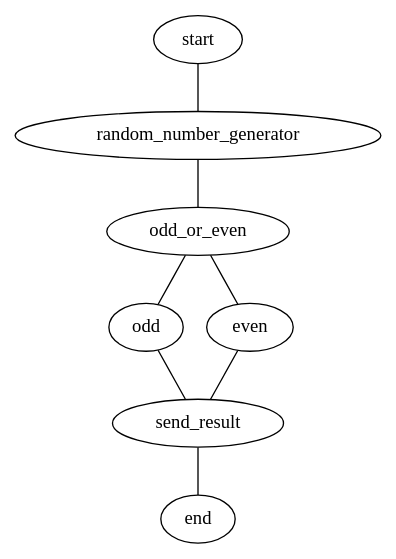
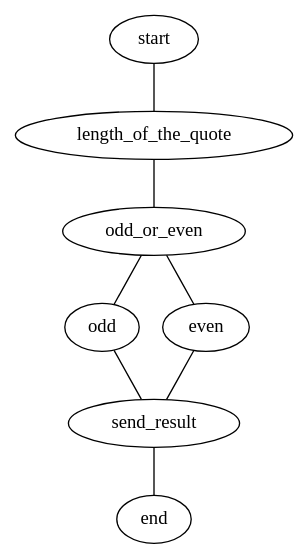
One commit to applegreengrape/serverless-ts-log changed the diagram in day-03/step-functions.dot. Above: the diagram before and after it, drawn with Graphviz. The commit also changed 1 other file, not shown here.

```diff
--- a/day-03/step-functions.dot
+++ b/day-03/step-functions.dot
@@ -1,9 +1,9 @@
 graph {
-    start -- random_number_generator;
-    random_number_generator -- odd_or_even;
+    start -- length_of_the_quote;
+    length_of_the_quote -- odd_or_even;
     odd_or_even -- odd;
     odd_or_even -- even;
     odd -- send_result;
     even -- send_result;
     send_result -- end;
 }
```
